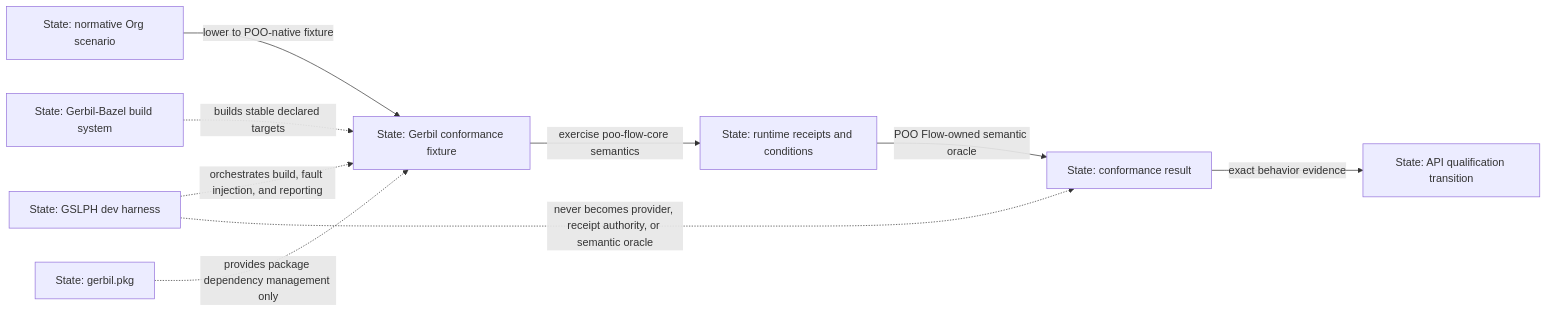
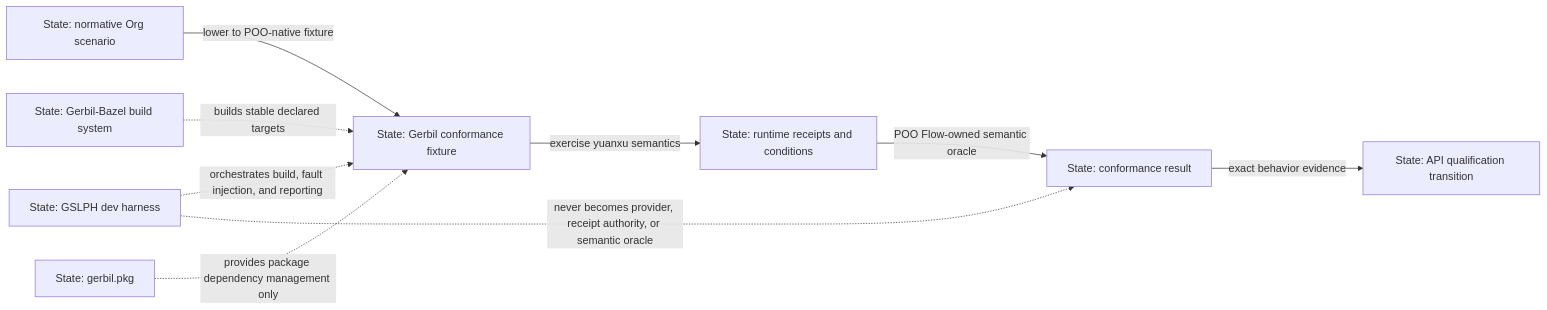
The first of 4 diagrams in module-system/design/45-16-semantic-conformance-adversarial-fault-injection.org (tao3k/gebril-yuanxu), drawn with Mermaid before and after one commit. The commit also changed other lines of this file and 114 other files, not shown here.

```diff
--- a/module-system/design/45-16-semantic-conformance-adversarial-fault-injection.org
+++ b/module-system/design/45-16-semantic-conformance-adversarial-fault-injection.org
@@ -81,11 +81,11 @@
 #+begin_src mermaid
 flowchart LR
   S["State: normative Org scenario"] -->|"lower to POO-native fixture"| F["State: Gerbil conformance fixture"]
-  F -->|"exercise poo-flow-core semantics"| R["State: runtime receipts and conditions"]
+  F -->|"exercise yuanxu semantics"| R["State: runtime receipts and conditions"]
   R -->|"POO Flow-owned semantic oracle"| O["State: conformance result"]
   G["State: GSLPH dev harness"] -.->|"orchestrates build, fault injection, and reporting"| F
   B["State: Gerbil-Bazel build system"] -.->|"builds stable declared targets"| F
   P["State: gerbil.pkg"] -.->|"provides package dependency management only"| F
   O -->|"exact behavior evidence"| E["State: API qualification transition"]
   G -.->|"never becomes provider, receipt authority, or semantic oracle"| O
 #+end_src
```
